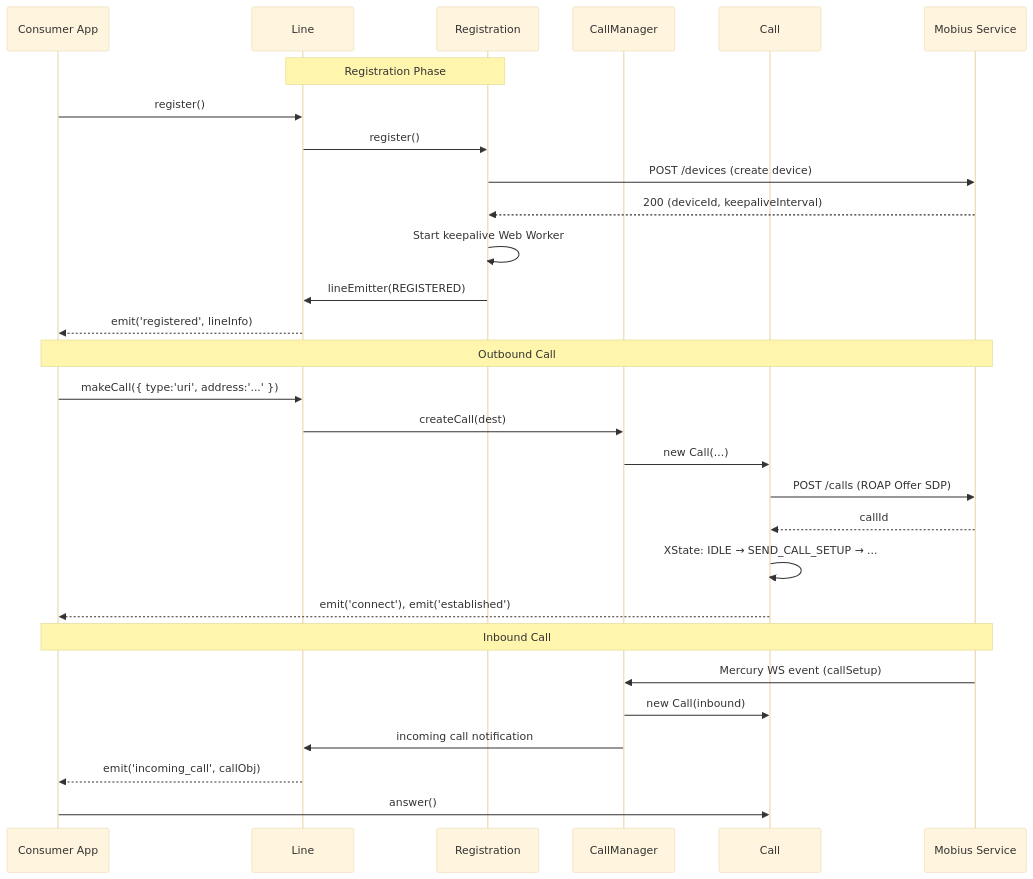
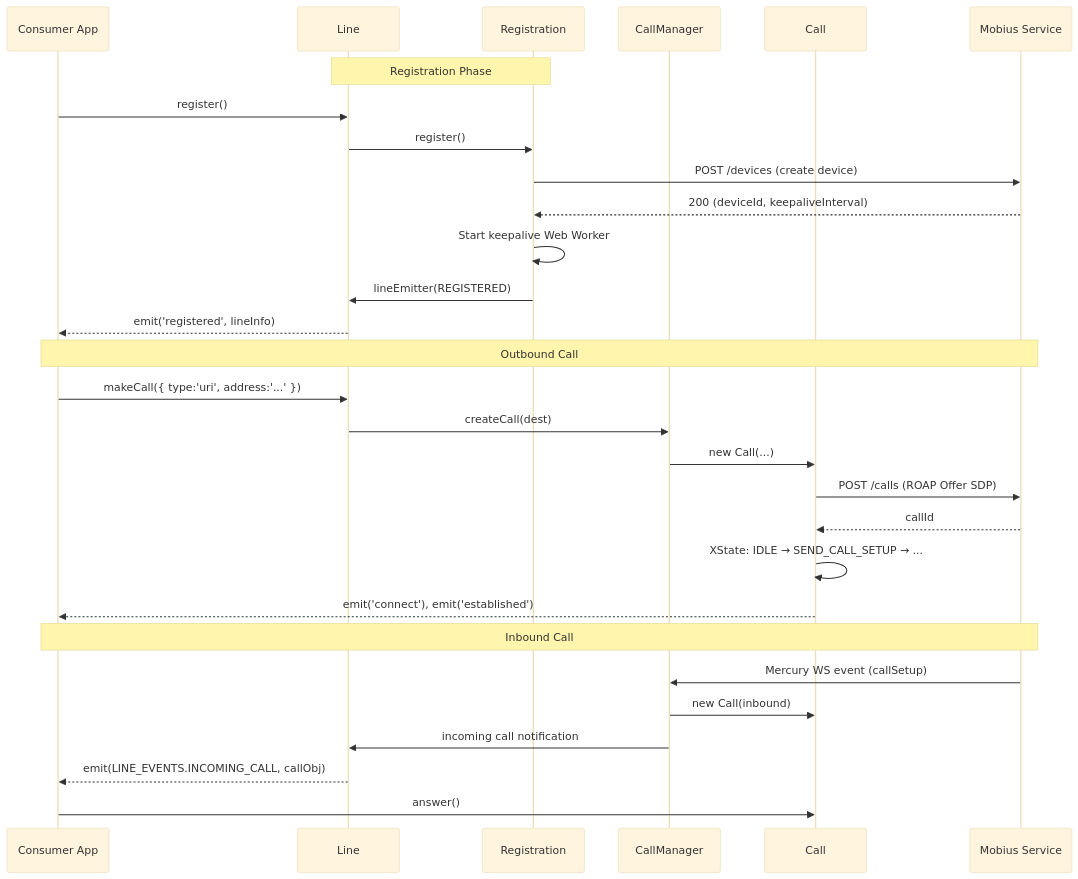
The fifth of 8 diagrams in packages/calling/src/ai-docs/ARCHITECTURE.md (webex/webex-js-sdk), drawn with Mermaid (base theme) before and after one commit. The commit also changed other lines of this file and 1 other file, not shown here.

````diff
--- a/packages/calling/src/ai-docs/ARCHITECTURE.md
+++ b/packages/calling/src/ai-docs/ARCHITECTURE.md
@@ -277,34 +299,34 @@
 ```mermaid
 sequenceDiagram
     participant App as Consumer App
     participant Line as Line
     participant Reg as Registration
     participant CM as CallManager
     participant Call as Call
     participant Mobius as Mobius Service
 
     Note over Line,Reg: Registration Phase
     App->>Line: register()
     Line->>Reg: register()
     Reg->>Mobius: POST /devices (create device)
     Mobius-->>Reg: 200 (deviceId, keepaliveInterval)
     Reg->>Reg: Start keepalive Web Worker
     Reg->>Line: lineEmitter(REGISTERED)
     Line-->>App: emit('registered', lineInfo)
 
     Note over App,Mobius: Outbound Call
     App->>Line: makeCall({ type:'uri', address:'...' })
     Line->>CM: createCall(dest)
     CM->>Call: new Call(...)
     Call->>Mobius: POST /calls (ROAP Offer SDP)
     Mobius-->>Call: callId
     Call->>Call: XState: IDLE → SEND_CALL_SETUP → ...
     Call-->>App: emit('connect'), emit('established')
 
     Note over App,Mobius: Inbound Call
     Mobius->>CM: Mercury WS event (callSetup)
     CM->>Call: new Call(inbound)
     CM->>Line: incoming call notification
-    Line-->>App: emit('incoming_call', callObj)
+    Line-->>App: emit(LINE_EVENTS.INCOMING_CALL, callObj)
     App->>Call: answer()
 ```
````
